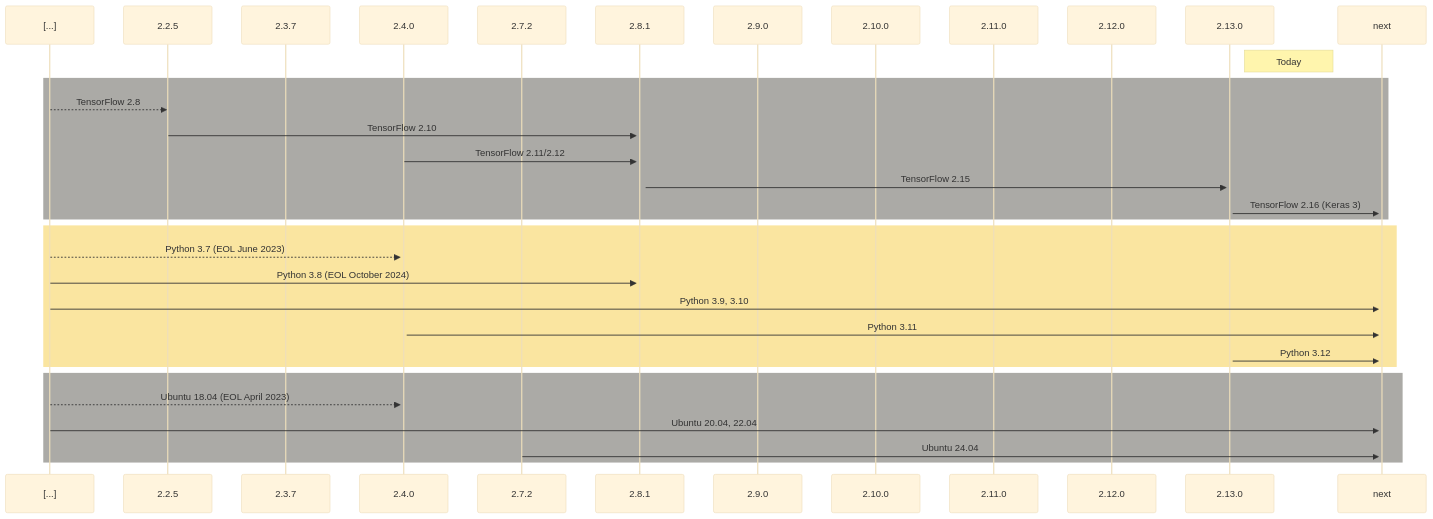
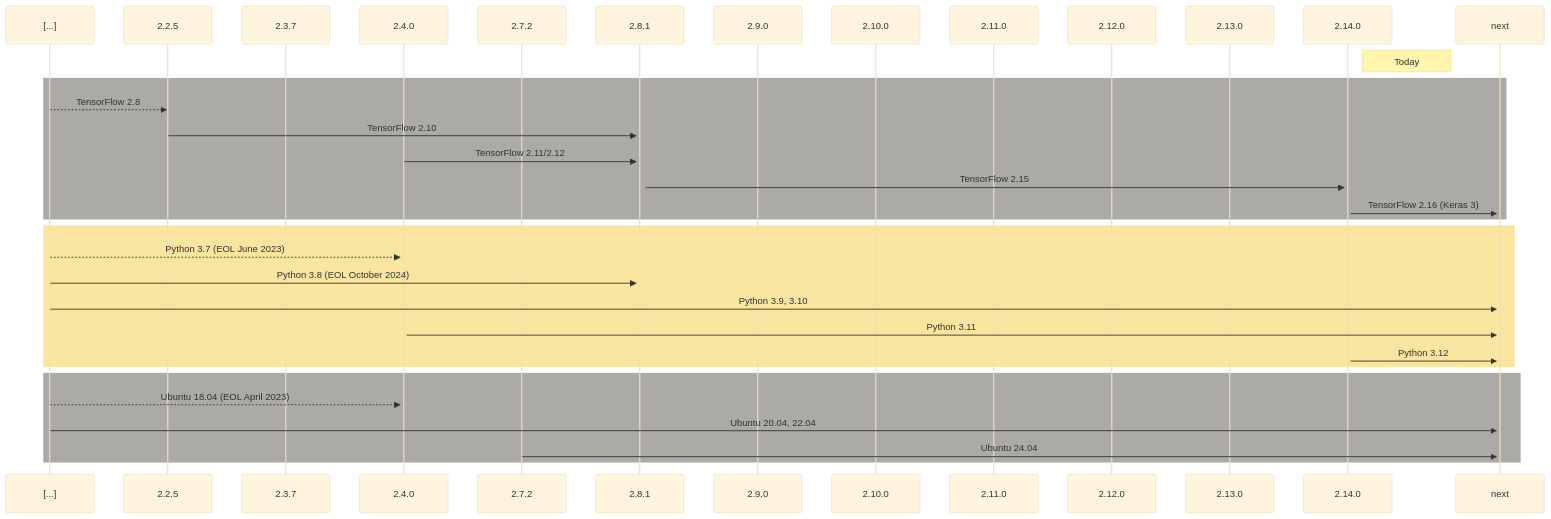
One commit to Brainchip-Inc/akida_examples changed the diagram in README.md. Above: the diagram before and after it, drawn with Mermaid. The commit also changed 2 other files, not shown here.

Commit message:
feat: update to akida 2.14

````diff
--- a/README.md
+++ b/README.md
@@ -76,36 +76,37 @@
 ```mermaid
 sequenceDiagram
     participant [...]
     participant 2.2.5
     participant 2.3.7
     participant 2.4.0
     participant 2.7.2
     participant 2.8.1
     participant 2.9.0
     participant 2.10.0
     participant 2.11.0
     participant 2.12.0
     participant 2.13.0
+    participant 2.14.0
     participant next
-    Note right of 2.13.0: Today
+    Note right of 2.14.0: Today
 rect rgb(171, 170, 166)
     [...]-->>2.2.5: TensorFlow 2.8
     2.2.5->>+2.8.1: TensorFlow 2.10
     2.4.0->>+2.8.1: TensorFlow 2.11/2.12
-    2.8.1->>+2.13.0: TensorFlow 2.15
-    2.13.0->>+next: TensorFlow 2.16 (Keras 3)
+    2.8.1->>+2.14.0: TensorFlow 2.15
+    2.14.0->>+next: TensorFlow 2.16 (Keras 3)
 end
 rect rgb(250, 229, 160)
     [...]-->>+2.4.0: Python 3.7 (EOL June 2023)
     [...]->>+2.8.1: Python 3.8 (EOL October 2024)
     [...]->>+next: Python 3.9, 3.10
     2.4.0->>+next: Python 3.11
-    2.13.0->>+next: Python 3.12
+    2.14.0->>+next: Python 3.12
 end
 rect rgb(171, 170, 166)
     [...]-->>+2.4.0: Ubuntu 18.04 (EOL April 2023)
     [...]->>+next: Ubuntu 20.04, 22.04
     2.7.2->>+next: Ubuntu 24.04
 end
 %%{init:{'theme':'base'}}%%
 ```
````
